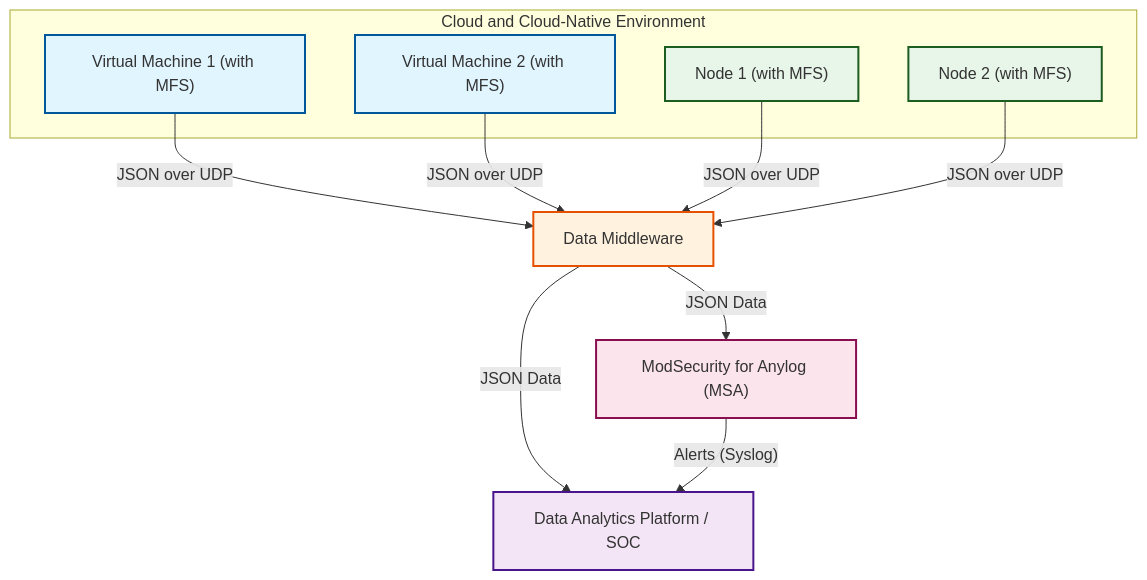
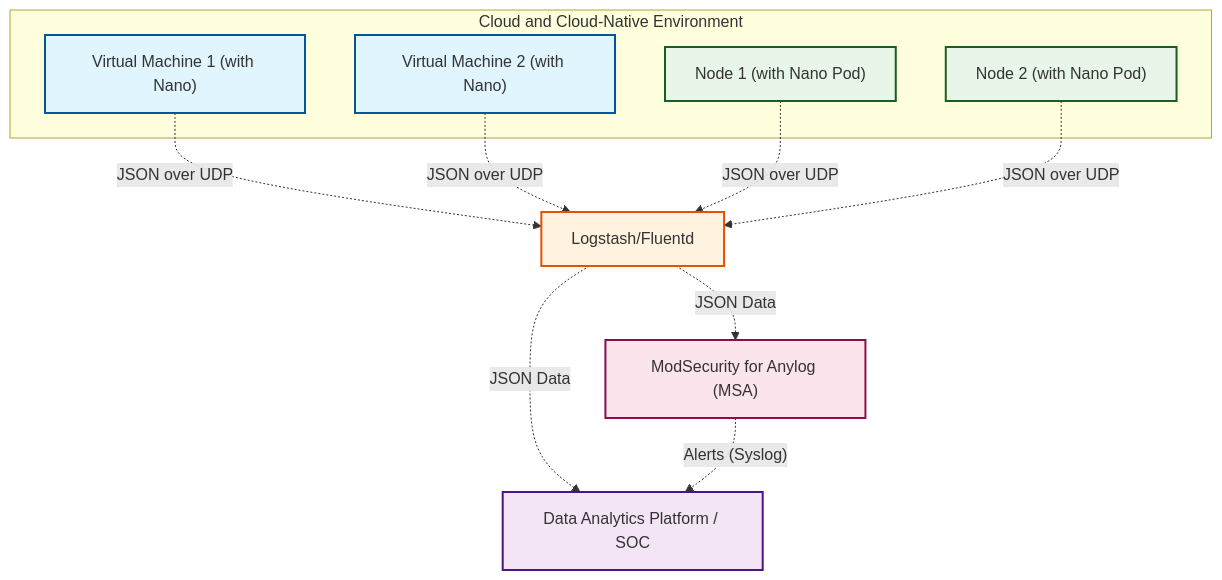
One commit to Microflow-IO/modsecurity-for-anylog changed the diagram in README.md. Above: the diagram before and after it, drawn with Mermaid. The commit also changed other lines of this file, not shown here.

````diff
--- a/README.md
+++ b/README.md
@@ -28,35 +37,35 @@
 ```mermaid  
 graph TB  
     subgraph "Cloud and Cloud-Native Environment"  
-        VM1["Virtual Machine 1 (with MFS)"]  
-        VM2["Virtual Machine 2 (with MFS)"]  
-        Node1["Node 1 (with MFS)"]  
-        Node2["Node 2 (with MFS)"]  
+        VM1["Virtual Machine 1 (with Nano)"]  
+        VM2["Virtual Machine 2 (with Nano)"]  
+        Node1["Node 1 (with Nano Pod)"]  
+        Node2["Node 2 (with Nano Pod)"]  
     end  
 
-    Middleware["Data Middleware"]  
+    Middleware["Logstash/Fluentd"]  
     MSA["ModSecurity for Anylog (MSA)"]  
     AnalyticsPlatform["Data Analytics Platform / SOC"]  
 
-    VM1 -->|"JSON over UDP"| Middleware  
-    VM2 -->|"JSON over UDP"| Middleware  
-    Node1 -->|"JSON over UDP"| Middleware  
-    Node2 -->|"JSON over UDP"| Middleware  
+    VM1 -.->|"JSON over UDP"| Middleware  
+    VM2 -.->|"JSON over UDP"| Middleware  
+    Node1 -.->|"JSON over UDP"| Middleware  
+    Node2 -.->|"JSON over UDP"| Middleware  
 
-    Middleware -->|"JSON Data"| AnalyticsPlatform  
-    Middleware -->|"JSON Data"| MSA  
+    Middleware -.->|"JSON Data"| AnalyticsPlatform  
+    Middleware -.->|"JSON Data"| MSA  
 
-    MSA -->|"Alerts (Syslog)"| AnalyticsPlatform  
+    MSA -.->|"Alerts (Syslog)"| AnalyticsPlatform  
 
     classDef vm fill:#e1f5fe,stroke:#01579b,stroke-width:2px;  
     classDef node fill:#e8f5e9,stroke:#1b5e20,stroke-width:2px;  
     classDef middleware fill:#fff3e0,stroke:#e65100,stroke-width:2px;  
     classDef msa fill:#fce4ec,stroke:#880e4f,stroke-width:2px;  
     classDef analytics fill:#f3e5f5,stroke:#4a148c,stroke-width:2px;  
 
     class VM1,VM2 vm;  
     class Node1,Node2 node;  
     class Middleware middleware;  
     class MSA msa;  
     class AnalyticsPlatform analytics;
 ```
````
